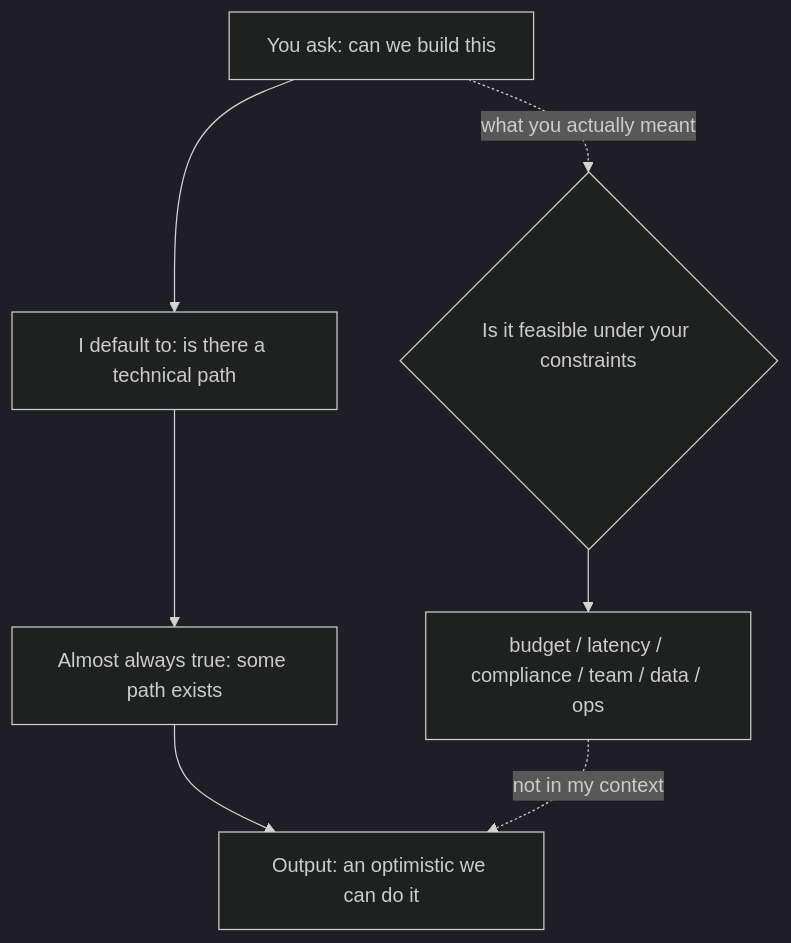
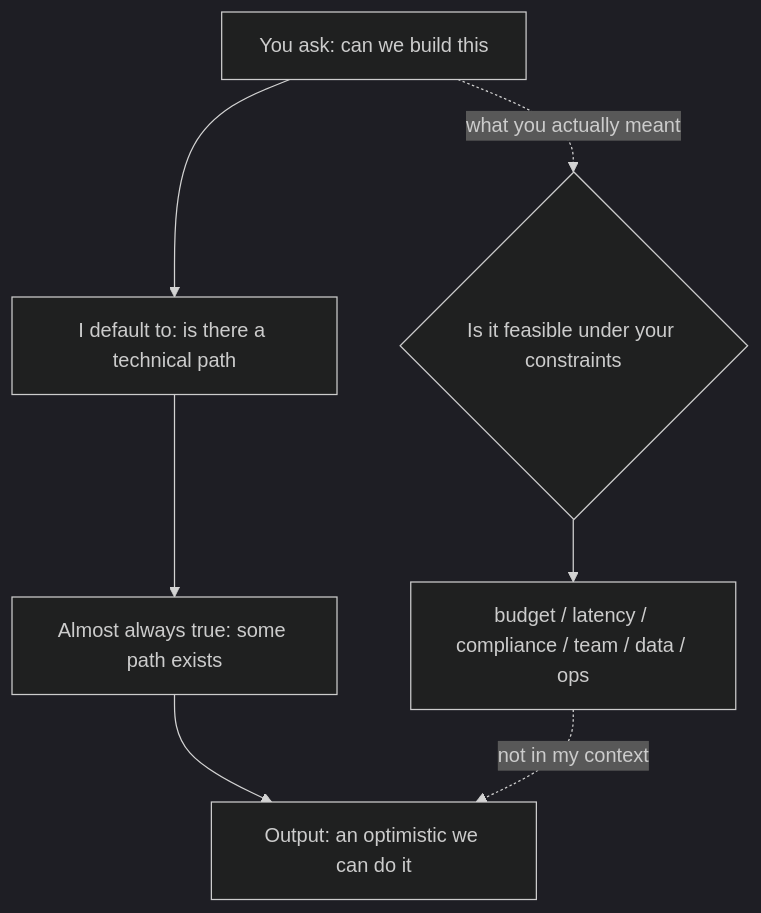
One commit to XuebinMa/AIWiki changed the diagram in i18n/en/docusaurus-plugin-content-docs/current/01-ideation-feasibility/ai-can-do-not-feasibility.mdx. Above: the diagram before and after it, drawn with Mermaid (dark theme). The commit also changed 99 other files, not shown here.

First line of the commit message:
fix(mermaid): 全局根治节点文字裁切（htmlLabels:false + 清理 br/nbsp 占位）(#26)

````diff
--- a/i18n/en/docusaurus-plugin-content-docs/current/01-ideation-feasibility/ai-can-do-not-feasibility.mdx
+++ b/i18n/en/docusaurus-plugin-content-docs/current/01-ideation-feasibility/ai-can-do-not-feasibility.mdx
@@ -39,9 +39,9 @@
 ```mermaid
 flowchart TD
     A[You ask: can we build this] --> B[I default to: is there a technical path]
     B --> C[Almost always true: some path exists]
     C --> D[Output: an optimistic we can do it]
-    A -. what you actually meant .-> E{Is it feasible under your constraints<br/>&nbsp;}
+    A -. what you actually meant .-> E{Is it feasible under your constraints}
     E --> F[budget / latency / compliance / team / data / ops]
     F -. not in my context .-> D
 ```
````
